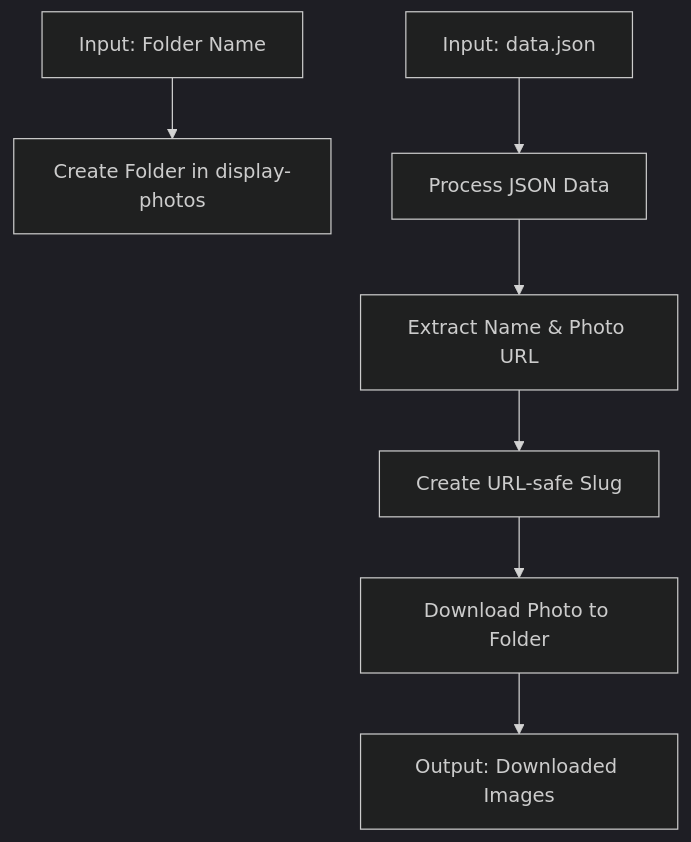
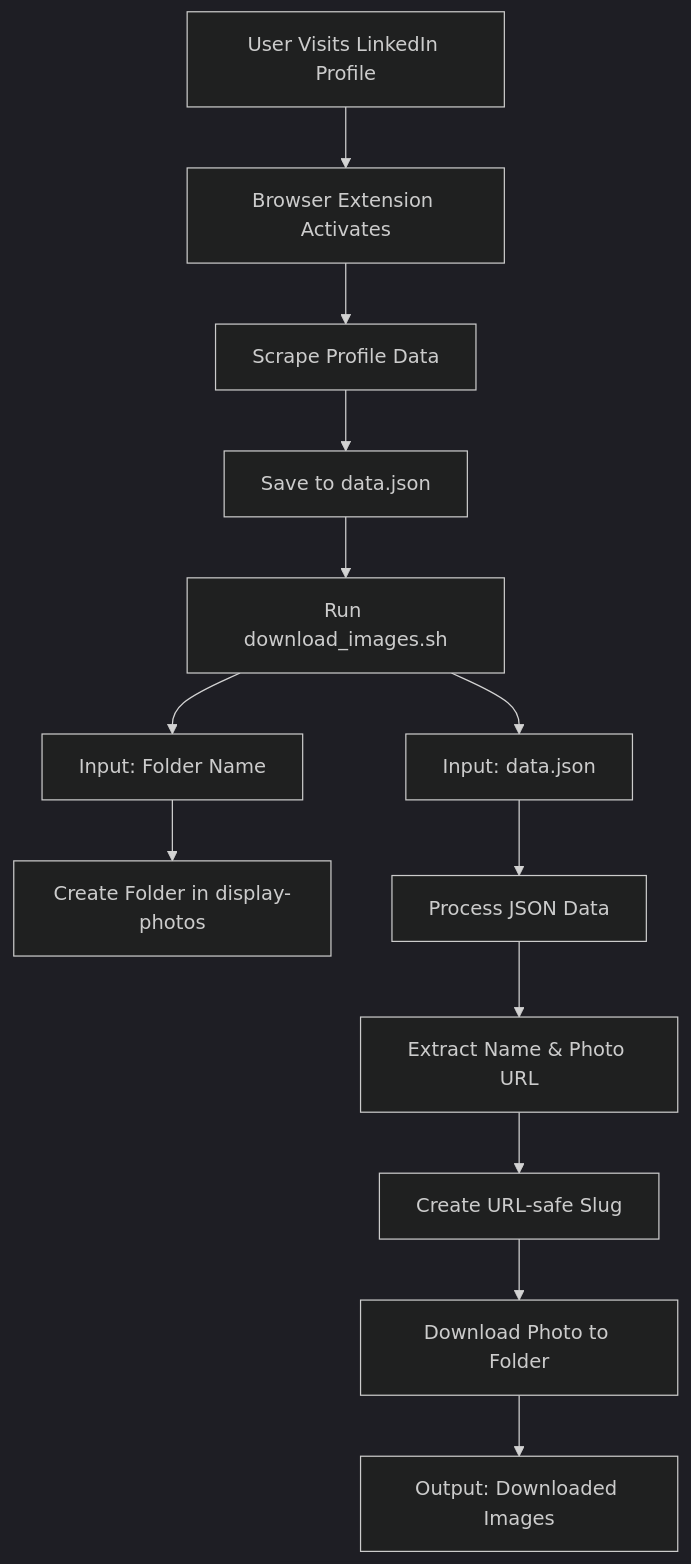
The diagram in README.md (michaelignacio/linkedin-scraper), drawn with Mermaid (dark theme) before and after one commit.

Commit message:
Update diagram

````diff
--- a/README.md
+++ b/README.md
@@ -34,9 +34,15 @@
 ```mermaid
 graph TD
-    A[Input: Folder Name] --> B[Create Folder in display-photos]
-    C[Input: data.json] --> D[Process JSON Data]
-    D --> E[Extract Name & Photo URL]
-    E --> F[Create URL-safe Slug]
-    F --> G[Download Photo to Folder]
-    G --> H[Output: Downloaded Images]
+    A[User Visits LinkedIn Profile] --> B[Browser Extension Activates]
+    B --> C[Scrape Profile Data]
+    C --> D[Save to data.json]
+    D --> E[Run download_images.sh]
+    E --> F[Input: Folder Name]
+    F --> G[Create Folder in display-photos]
+    E --> H[Input: data.json]
+    H --> I[Process JSON Data]
+    I --> J[Extract Name & Photo URL]
+    J --> K[Create URL-safe Slug]
+    K --> L[Download Photo to Folder]
+    L --> M[Output: Downloaded Images]
 ```
````
